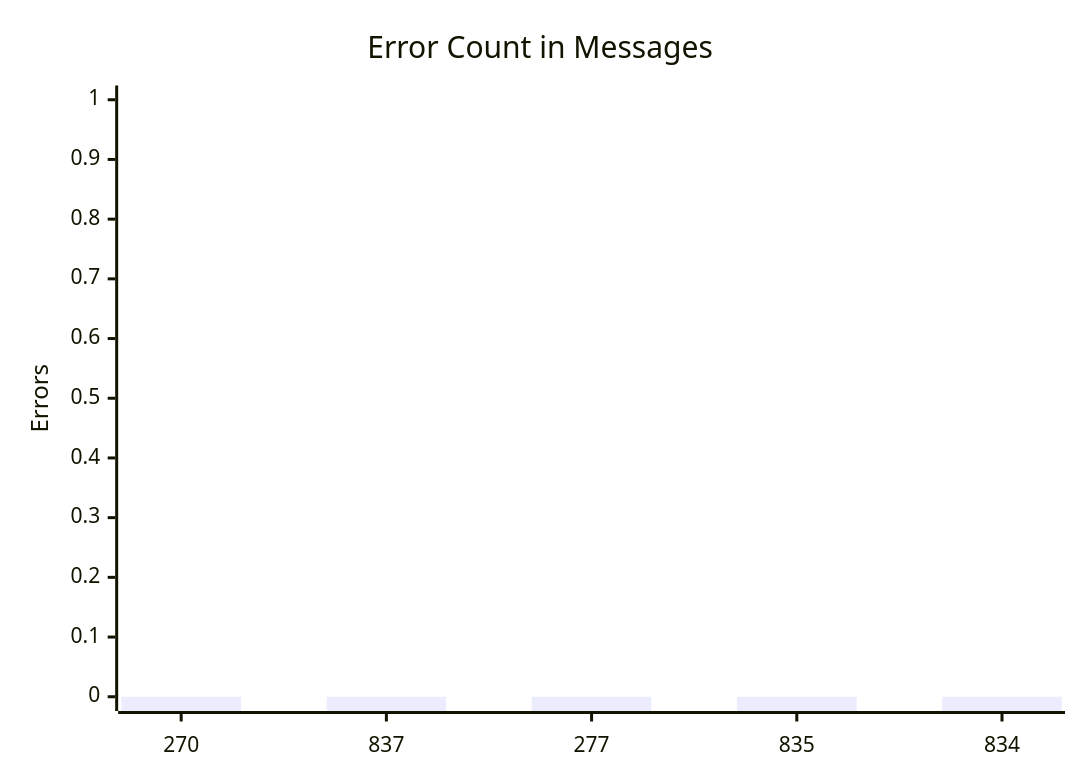
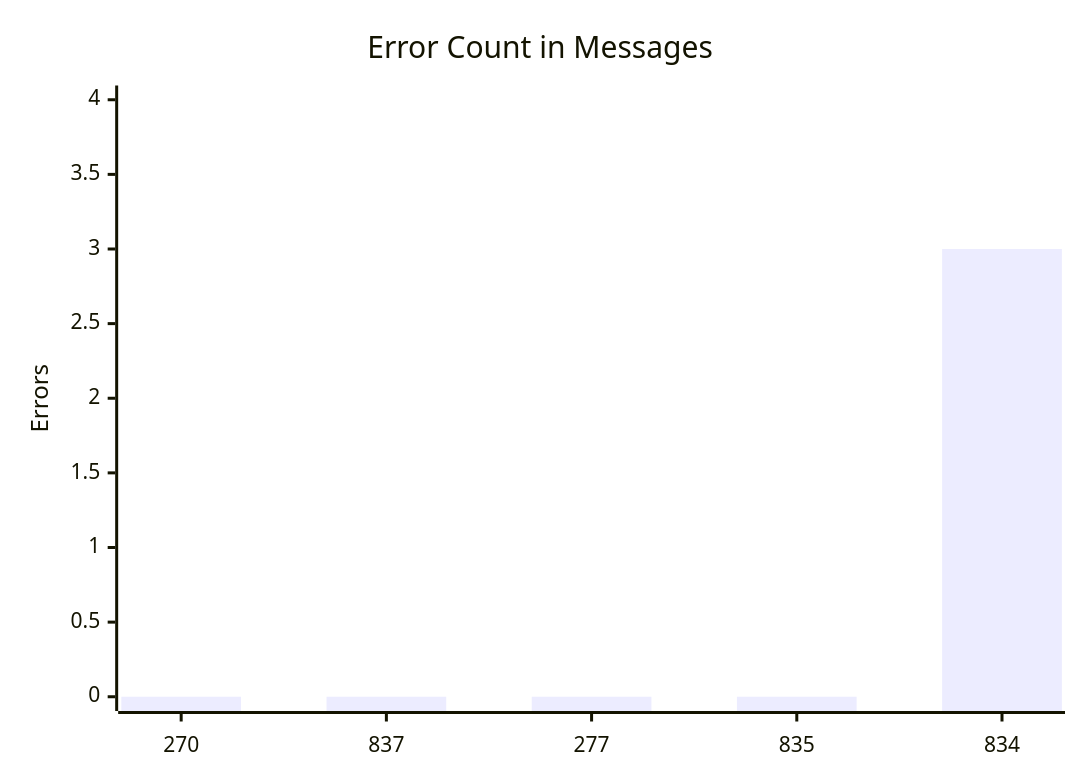
The fourth of 11 diagrams in test-tools/DataGen/src/Statistics_Visualizer.md (dhagan-va/intern-2025), drawn with Mermaid before and after one commit. The commit also changed other lines of this file and 1 other file, not shown here.

````diff
--- a/test-tools/DataGen/src/Statistics_Visualizer.md
+++ b/test-tools/DataGen/src/Statistics_Visualizer.md
@@ -50,7 +50,7 @@
 ```mermaid
 xychart-beta
     title "Error Count in Messages"
     x-axis ["270", "837", "277", "835", "834"]
-    y-axis "Errors" 0 --> 1
-    bar [0, 0, 0, 0, 0]
+    y-axis "Errors" 0 --> 4
+    bar [0, 0, 0, 0, 3]
 ```
````
